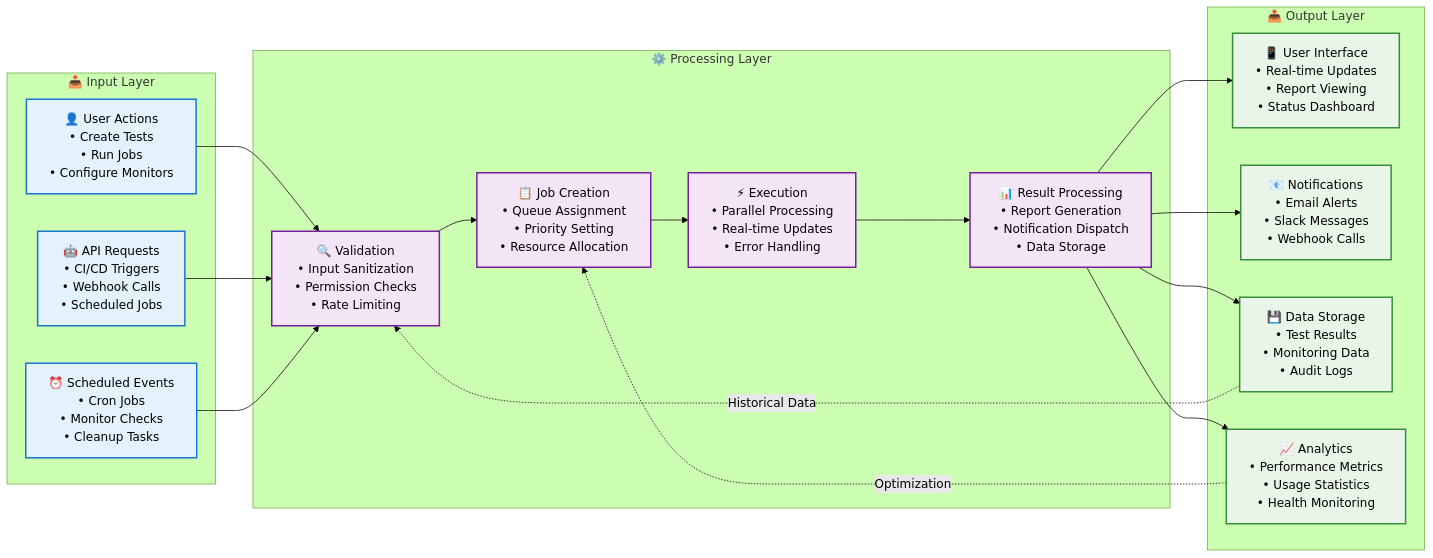
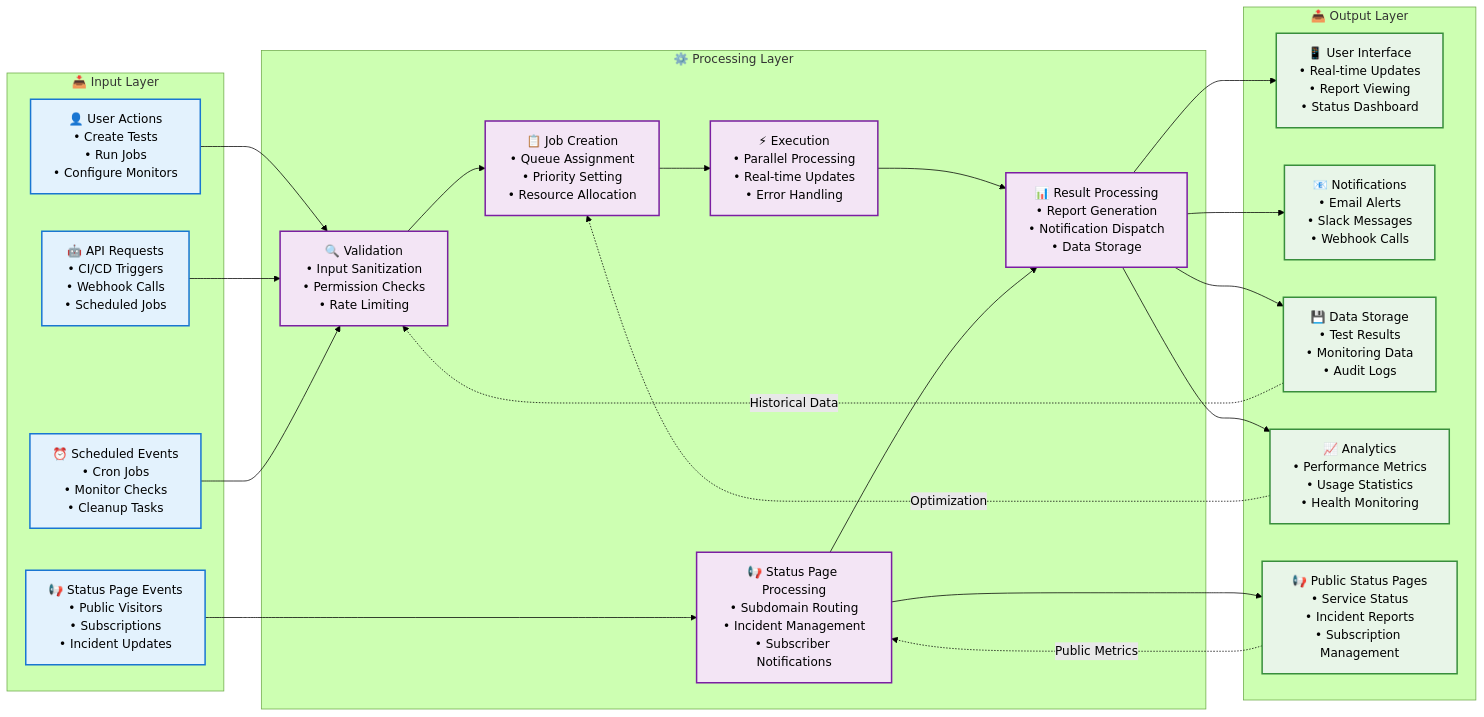
Before and after one commit to supercheck-io/supercheck-core: the second of 13 diagrams in specs/SUPERCHECK_ARCHITECTURE.md, drawn with Mermaid (forest theme). The commit also changed other lines of this file and 12 other files, not shown here.

First line of the commit message:
refactor(status-pages): streamline status page components and improve data table flexibility

````diff
--- a/specs/SUPERCHECK_ARCHITECTURE.md
+++ b/specs/SUPERCHECK_ARCHITECTURE.md
@@ -134,49 +141,56 @@
 ```mermaid
 flowchart LR
     subgraph "📥 Input Layer"
         I1[👤 User Actions<br/>• Create Tests<br/>• Run Jobs<br/>• Configure Monitors]
         I2[🤖 API Requests<br/>• CI/CD Triggers<br/>• Webhook Calls<br/>• Scheduled Jobs]
         I3[⏰ Scheduled Events<br/>• Cron Jobs<br/>• Monitor Checks<br/>• Cleanup Tasks]
+        I4[📢 Status Page Events<br/>• Public Visitors<br/>• Subscriptions<br/>• Incident Updates]
     end
-    
+
     subgraph "⚙️ Processing Layer"
         P1[🔍 Validation<br/>• Input Sanitization<br/>• Permission Checks<br/>• Rate Limiting]
         P2[📋 Job Creation<br/>• Queue Assignment<br/>• Priority Setting<br/>• Resource Allocation]
         P3[⚡ Execution<br/>• Parallel Processing<br/>• Real-time Updates<br/>• Error Handling]
         P4[📊 Result Processing<br/>• Report Generation<br/>• Notification Dispatch<br/>• Data Storage]
+        P5[📢 Status Page Processing<br/>• Subdomain Routing<br/>• Incident Management<br/>• Subscriber Notifications]
     end
-    
+
     subgraph "📤 Output Layer"
         O1[📱 User Interface<br/>• Real-time Updates<br/>• Report Viewing<br/>• Status Dashboard]
         O2[📧 Notifications<br/>• Email Alerts<br/>• Slack Messages<br/>• Webhook Calls]
         O3[💾 Data Storage<br/>• Test Results<br/>• Monitoring Data<br/>• Audit Logs]
         O4[📈 Analytics<br/>• Performance Metrics<br/>• Usage Statistics<br/>• Health Monitoring]
+        O5[📢 Public Status Pages<br/>• Service Status<br/>• Incident Reports<br/>• Subscription Management]
     end
-    
+
     %% Flow Connections
     I1 --> P1
     I2 --> P1
     I3 --> P1
-    
+    I4 --> P5
+
     P1 --> P2
     P2 --> P3
     P3 --> P4
-    
+    P5 --> P4
+
     P4 --> O1
     P4 --> O2
     P4 --> O3
     P4 --> O4
-    
+    P5 --> O5
+
     %% Feedback Loops
     O4 -.->|Optimization| P2
     O3 -.->|Historical Data| P1
-    
+    O5 -.->|Public Metrics| P5
+
     %% Styling
     classDef input fill:#e3f2fd,stroke:#1976d2,stroke-width:2px
     classDef process fill:#f3e5f5,stroke:#7b1fa2,stroke-width:2px
     classDef output fill:#e8f5e8,stroke:#388e3c,stroke-width:2px
-    
-    class I1,I2,I3 input
-    class P1,P2,P3,P4 process
-    class O1,O2,O3,O4 output
+
+    class I1,I2,I3,I4 input
+    class P1,P2,P3,P4,P5 process
+    class O1,O2,O3,O4,O5 output
 ```
````
